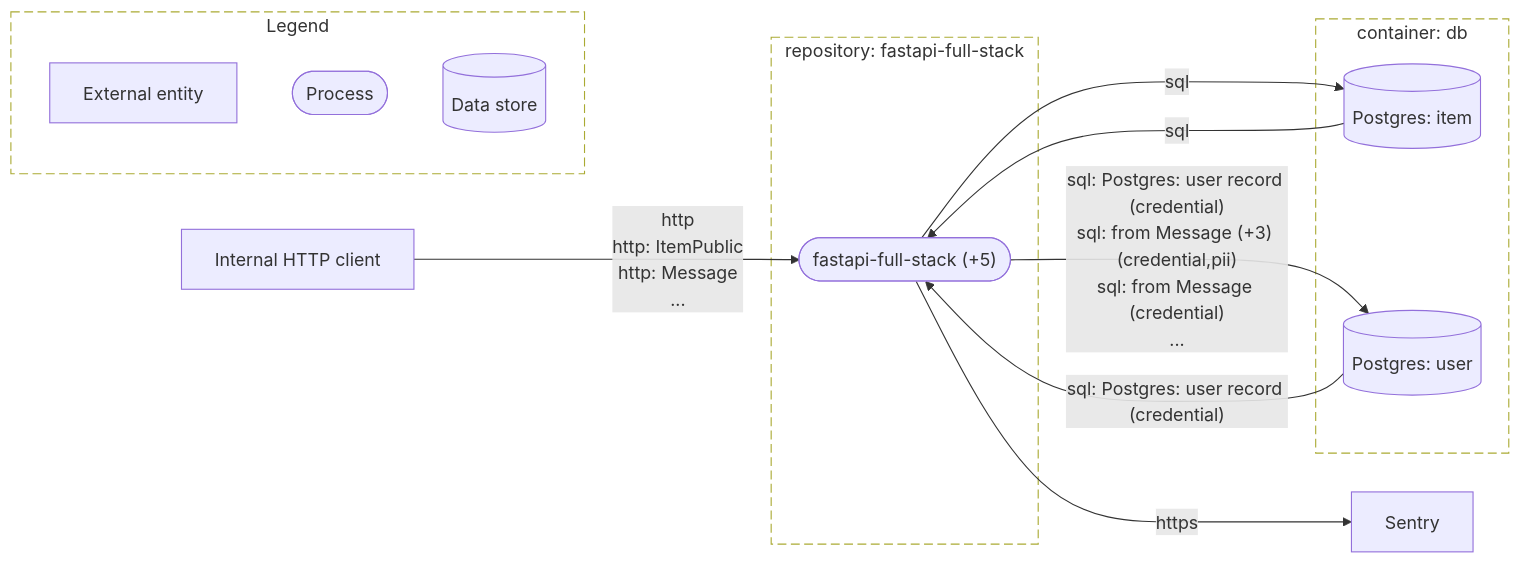
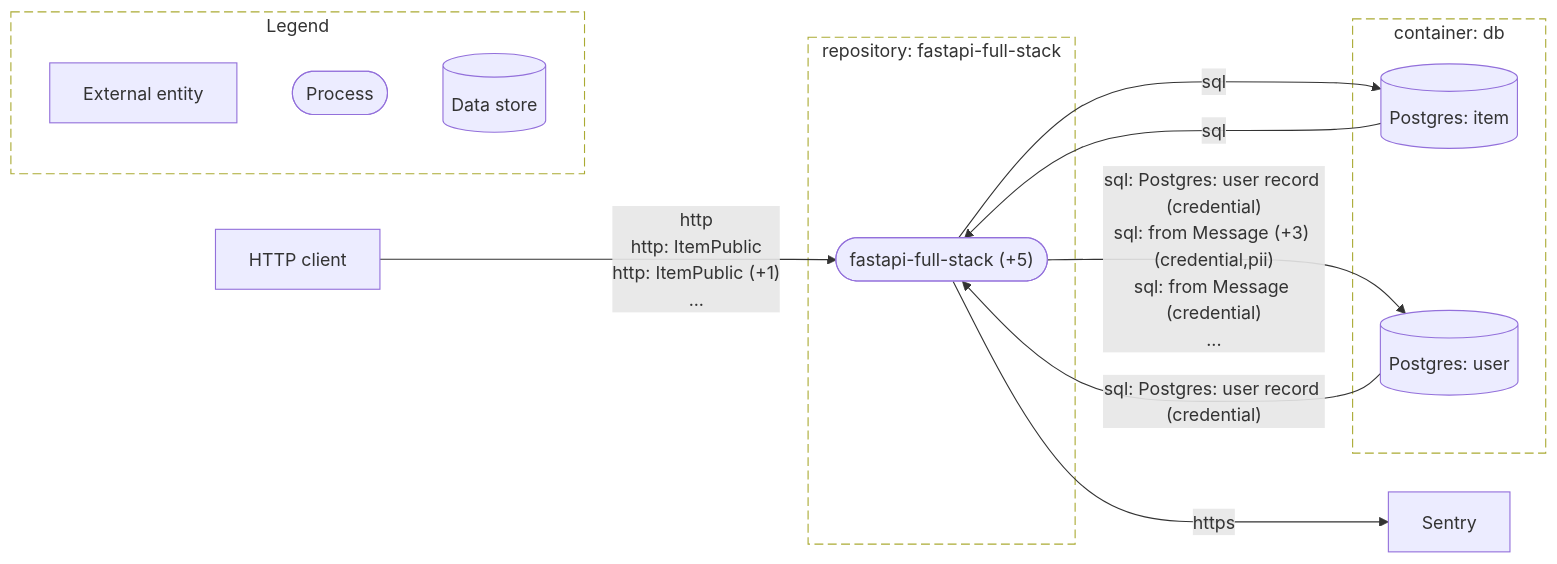
Before and after one commit to AskShri/code2designmapping: the diagram in evaluation/fastapi-full-stack/diagrams/dfd-l0.mmd, drawn with Mermaid. The commit also changed 164 other files, not shown here.

```diff
--- a/evaluation/fastapi-full-stack/diagrams/dfd-l0.mmd
+++ b/evaluation/fastapi-full-stack/diagrams/dfd-l0.mmd
@@ -1,25 +1,25 @@
 %% L0 context - fastapi-full-stack
 flowchart LR
   subgraph bnd_ufdlxvnxtg["repository: fastapi-full-stack"]
     proc_phcojwwzyn(["fastapi-full-stack (+5)"])
   end
   subgraph bnd_li56z6okmf["container: db"]
     store_qxjued45lx[("Postgres: item")]
     store_tvae56uepz[("Postgres: user")]
   end
-  ext_3nnzcvcul3["Internal HTTP client"]
   ext_lhns7pymnw["Sentry"]
-  ext_3nnzcvcul3 -->|"http<br/>http: ItemPublic<br/>http: Message<br/>..."| proc_phcojwwzyn
+  ext_sga4qktkap["HTTP client"]
+  ext_sga4qktkap -->|"http<br/>http: ItemPublic<br/>http: ItemPublic (+1)<br/>..."| proc_phcojwwzyn
   proc_phcojwwzyn -->|"https"| ext_lhns7pymnw
   proc_phcojwwzyn -->|"sql"| store_qxjued45lx
   proc_phcojwwzyn -->|"sql: Postgres: user record (credential)<br/>sql: from Message (+3) (credential,pii)<br/>sql: from Message (credential)<br/>..."| store_tvae56uepz
   store_qxjued45lx -->|"sql"| proc_phcojwwzyn
   store_tvae56uepz -->|"sql: Postgres: user record (credential)"| proc_phcojwwzyn
   style bnd_ufdlxvnxtg stroke-dasharray: 8 4,fill:none
   style bnd_li56z6okmf stroke-dasharray: 8 4,fill:none
   subgraph legend["Legend"]
     lg_e["External entity"]
     lg_p(["Process"])
     lg_s[("Data store")]
   end
   style legend stroke-dasharray: 8 4,fill:none
```
